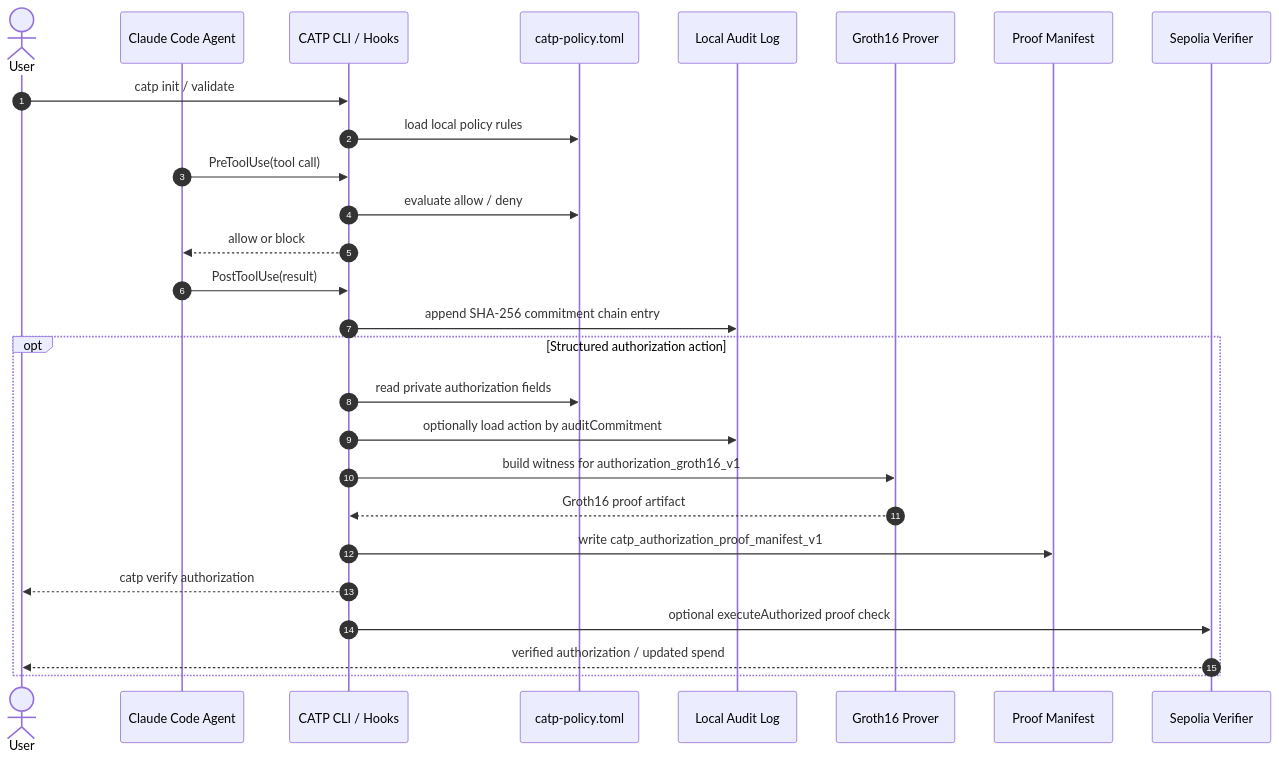
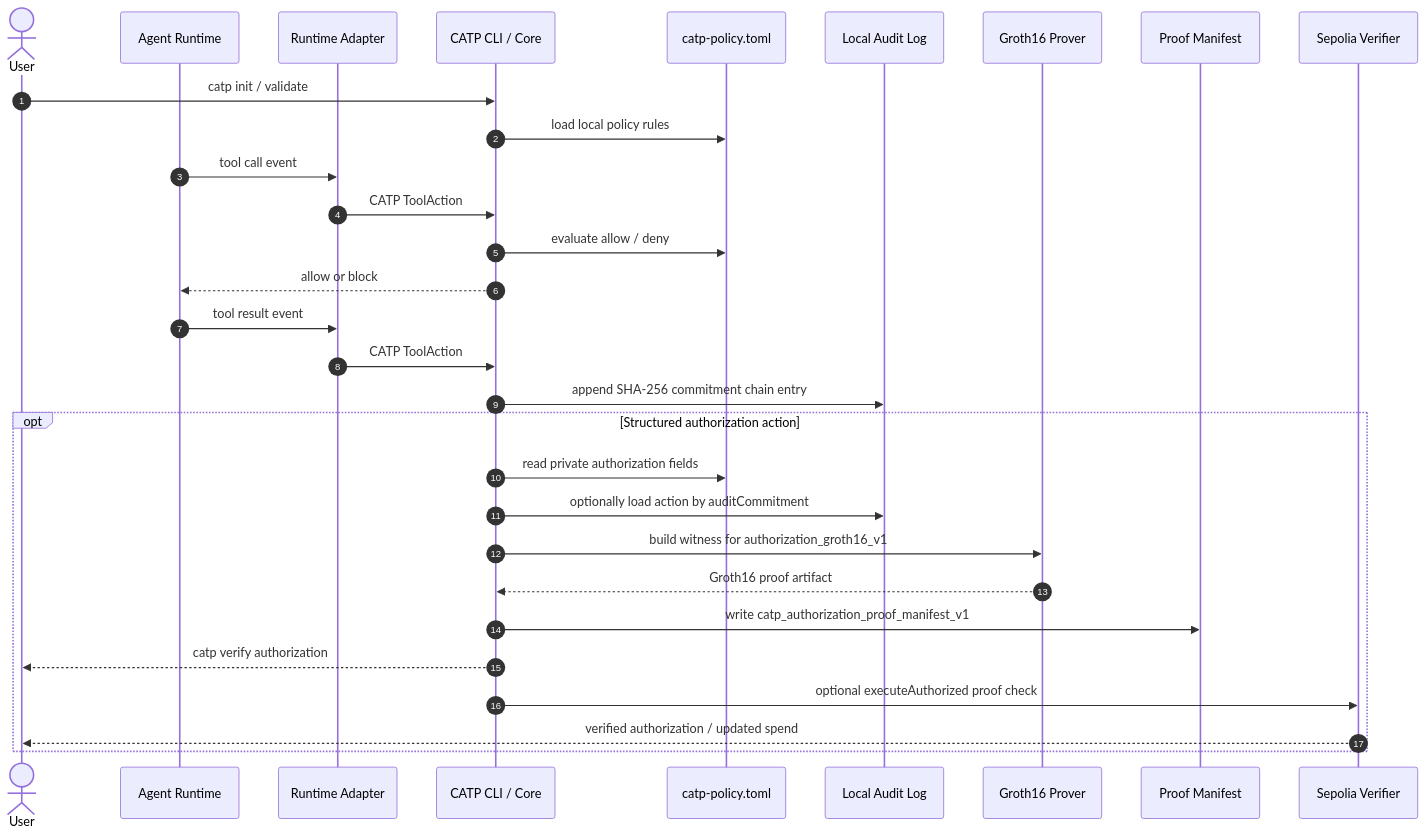
Before and after one commit to lfzkoala/catp: the diagram in README.md, drawn with Mermaid. The commit also changed other lines of this file and 14 other files, not shown here.

Commit message:
introduce runtime-neutral enforcement adapter

````diff
--- a/README.md
+++ b/README.md
@@ -40,31 +40,34 @@
 ```mermaid
 sequenceDiagram
   autonumber
   actor User
-  participant Agent as Claude Code Agent
-  participant CATP as CATP CLI / Hooks
+  participant Agent as Agent Runtime
+  participant Adapter as Runtime Adapter
+  participant CATP as CATP CLI / Core
   participant Policy as catp-policy.toml
   participant Audit as Local Audit Log
   participant Prover as Groth16 Prover
   participant Manifest as Proof Manifest
   participant EVM as Sepolia Verifier
 
   User->>CATP: catp init / validate
   CATP->>Policy: load local policy rules
-  Agent->>CATP: PreToolUse(tool call)
+  Agent->>Adapter: tool call event
+  Adapter->>CATP: CATP ToolAction
   CATP->>Policy: evaluate allow / deny
   CATP-->>Agent: allow or block
-  Agent->>CATP: PostToolUse(result)
+  Agent->>Adapter: tool result event
+  Adapter->>CATP: CATP ToolAction
   CATP->>Audit: append SHA-256 commitment chain entry
 
   opt Structured authorization action
     CATP->>Policy: read private authorization fields
     CATP->>Audit: optionally load action by auditCommitment
     CATP->>Prover: build witness for authorization_groth16_v1
     Prover-->>CATP: Groth16 proof artifact
     CATP->>Manifest: write catp_authorization_proof_manifest_v1
     CATP-->>User: catp verify authorization
     CATP->>EVM: optional executeAuthorized proof check
     EVM-->>User: verified authorization / updated spend
   end
 ```
````
